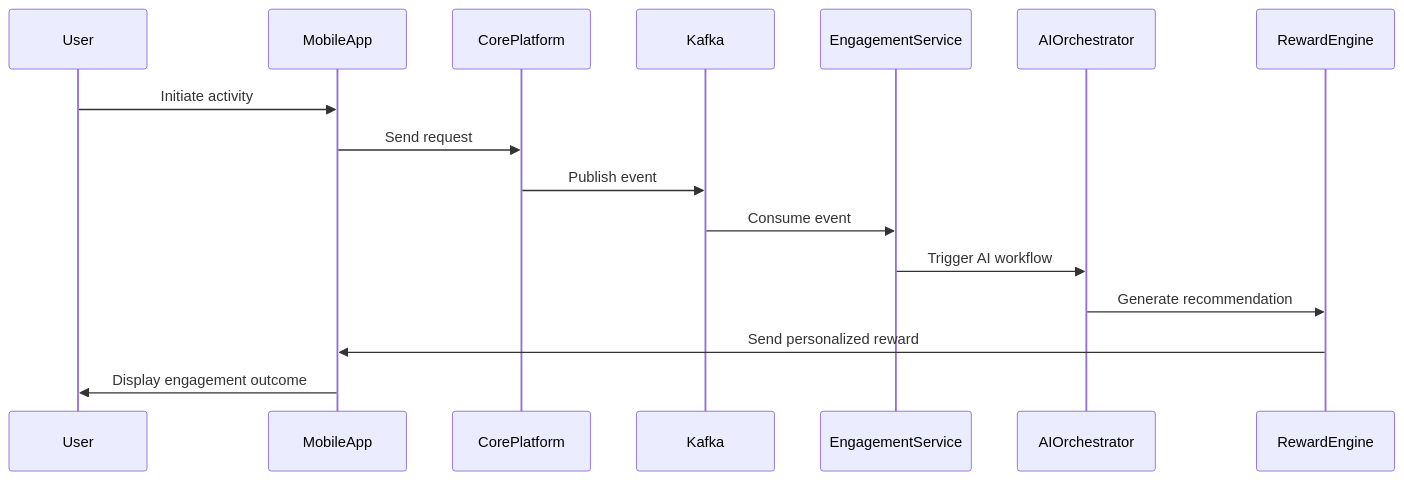
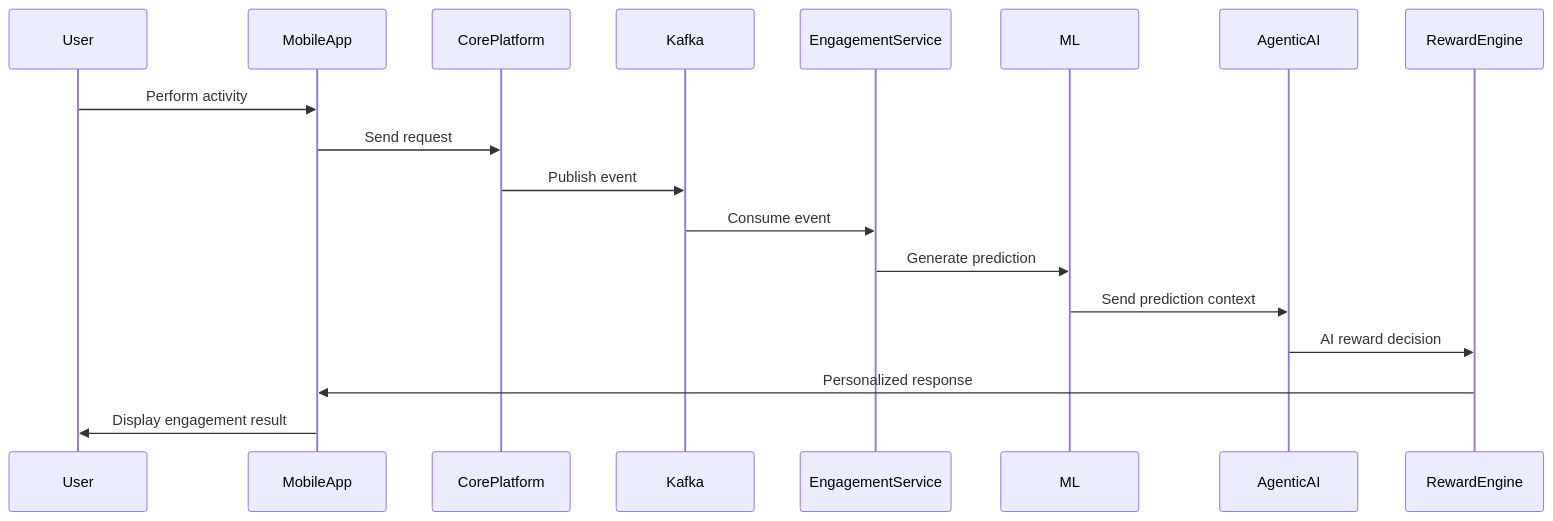
Before and after one commit to NiteshSingh-Luckyperson/enterprise-agentic-ai-platform: the second of 3 diagrams in README.md, drawn with Mermaid. The commit also changed other lines of this file, not shown here.

````diff
--- a/README.md
+++ b/README.md
@@ -171,20 +216,27 @@
 ```mermaid
 sequenceDiagram
 
 participant User
 participant MobileApp
 participant CorePlatform
 participant Kafka
 participant EngagementService
-participant AIOrchestrator
+participant ML
+participant AgenticAI
 participant RewardEngine
 
-User->>MobileApp: Initiate activity
+User->>MobileApp: Perform activity
 MobileApp->>CorePlatform: Send request
 CorePlatform->>Kafka: Publish event
+
 Kafka->>EngagementService: Consume event
-EngagementService->>AIOrchestrator: Trigger AI workflow
-AIOrchestrator->>RewardEngine: Generate recommendation
-RewardEngine->>MobileApp: Send personalized reward
-MobileApp->>User: Display engagement outcome
+EngagementService->>ML: Generate prediction
+
+ML->>AgenticAI: Send prediction context
+
+AgenticAI->>RewardEngine: AI reward decision
+
+RewardEngine->>MobileApp: Personalized response
+
+MobileApp->>User: Display engagement result
 ```
````
